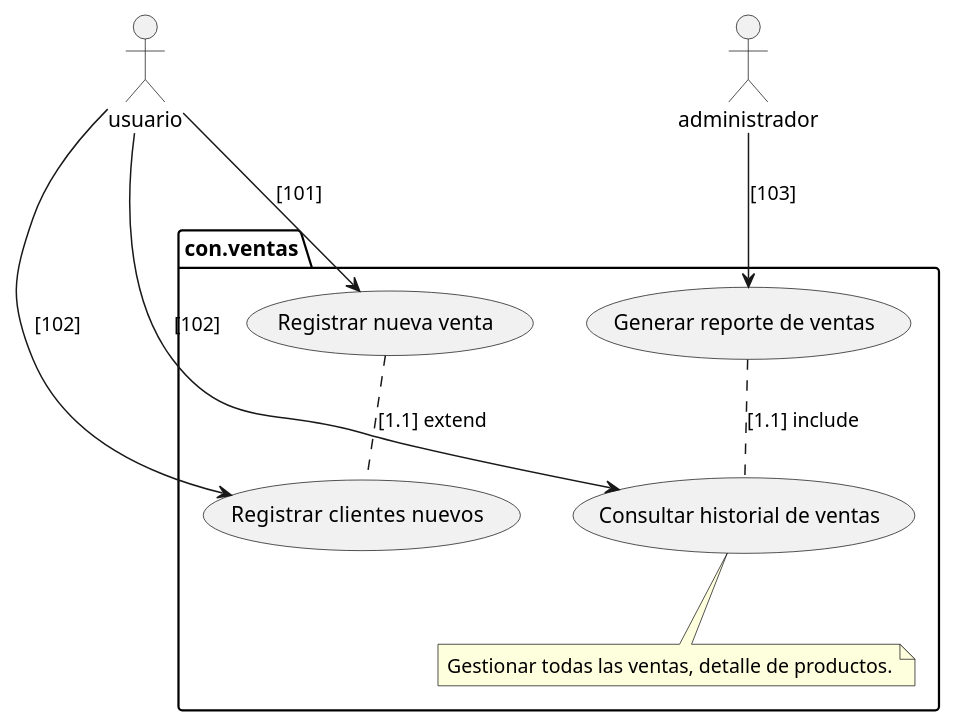
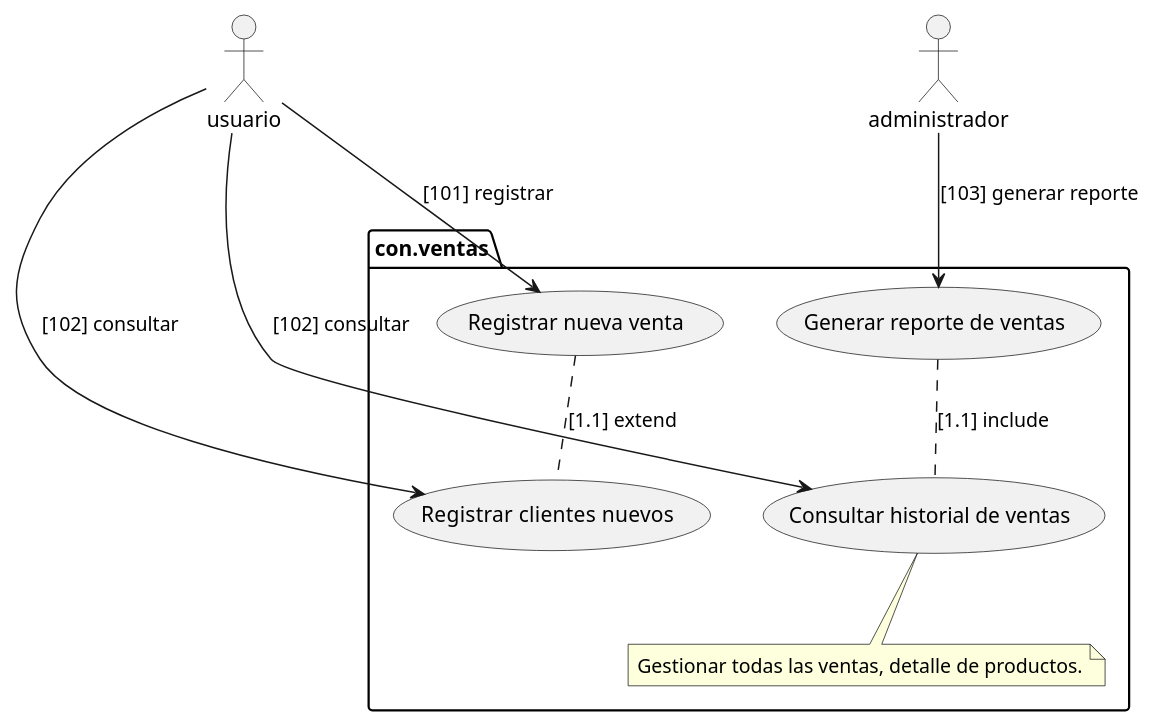
One commit to Digbers/camal-microservice changed the diagram in UML/ventas/UC ventas.puml. Above: the diagram before and after it, drawn with PlantUML. The commit also changed 296 other files, not shown here.

```diff
--- a/UML/ventas/UC ventas.puml
+++ b/UML/ventas/UC ventas.puml
@@ -1,20 +1,20 @@
 @startuml
 actor "usuario" as cli
 actor "administrador" as adm
 package "con.ventas" {
 note "Gestionar todas las ventas, detalle de productos." as N1
 
     usecase "Registrar nueva venta" as rv
     usecase "Registrar clientes  nuevos" as clientes
     usecase "Consultar historial de ventas" as hventas
     usecase "Generar reporte de ventas" as reportV
 
     hventas ..N1
     rv .. clientes :[1.1] extend
     reportV .. hventas : [1.1] include
 }
-cli --> clientes : [102]
-cli --> rv : [101]
-cli --> hventas : [102]
-adm --> reportV : [103]
+cli --> clientes : [102] consultar
+cli --> rv : [101] registrar
+cli --> hventas : [102] consultar
+adm --> reportV : [103] generar reporte
 @enduml
```
